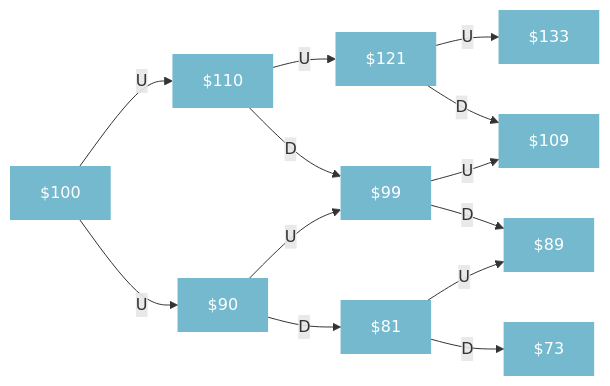
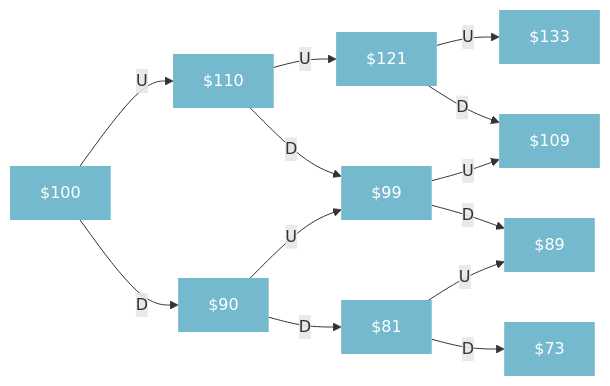
One commit to JerBouma/jerbouma.github.io changed the first of 5 diagrams in _posts/2024-02-09-Binominal-Trees.md. Above: the diagram before and after it, drawn with Mermaid. The commit also changed other lines of this file and 10 other files, not shown here.

Commit message:
Do some formatting, grammar changes and sentence flow checks

```diff
--- a/_posts/2024-02-09-Binominal-Trees.md
+++ b/_posts/2024-02-09-Binominal-Trees.md
@@ -33,24 +33,24 @@
 <div class="mermaid" style="text-align:center">
 flowchart LR;
 classDef boxfont fill:#3b9cba,stroke-width:0px,fill-opacity:0.7,color:white,radius:20px;
 Step0["$100"]:::boxfont -- U --> Step1["$110"]:::boxfont
-Step0["$100"] -- U --> Step2["$90"]:::boxfont
+Step0["$100"] -- D --> Step2["$90"]:::boxfont
 
 Step1["$110"] -- U --> Step4["$121"]:::boxfont
 
 Step1["$110"] -- D --> Step3["$99"]:::boxfont
 Step2["$90"] -- U --> Step3["$99"]:::boxfont
 
 Step2["$90"] -- D --> Step5["$81"]:::boxfont
 
 Step4["$121"] -- U --> Step7["$133"]:::boxfont
 Step4["$121"] -- D --> Step6["$109"]:::boxfont
 
 Step3["$99"] -- U --> Step6["$109"]:::boxfont
 Step3["$99"] -- D --> Step8["$89"]:::boxfont
 
 Step5["$81"] -- U --> Step8["$89"]:::boxfont
 Step5["$81"] -- D --> Step9["$73"]:::boxfont
 
 
 </div>
```
